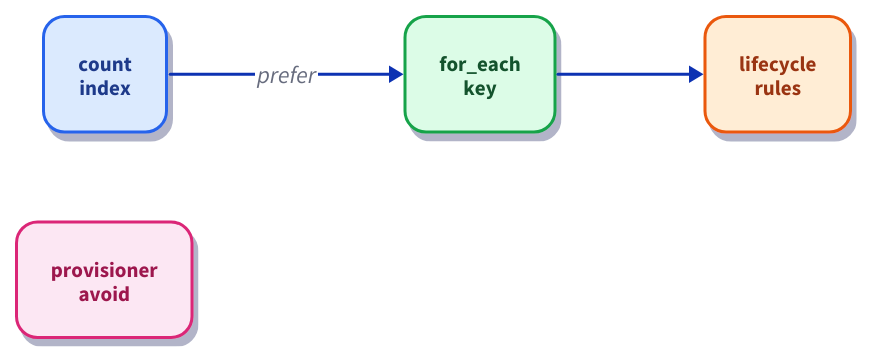
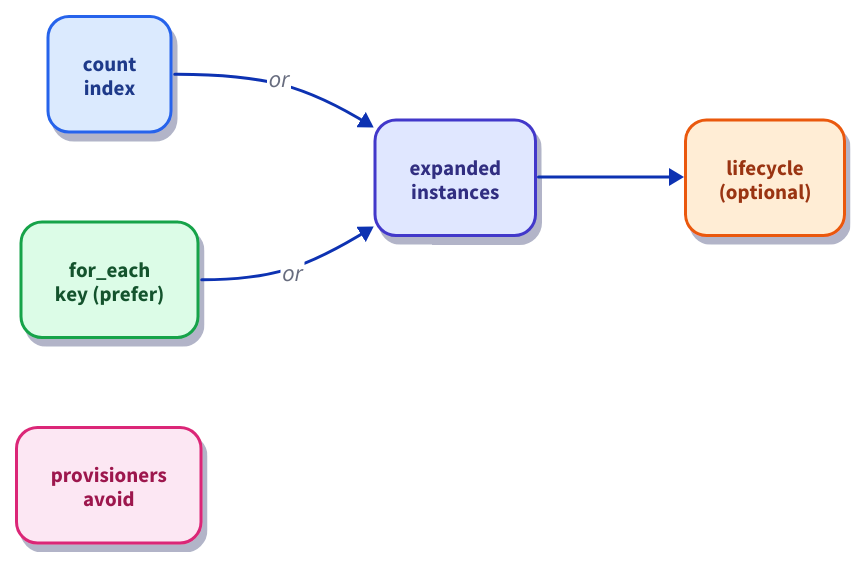
One commit to rebash-rebash/rebash-academy changed the diagram in docs/assets/d2/terraform-meta-arguments.d2. Above: the diagram before and after it, drawn with D2. The commit also changed 5 other files, not shown here.

First line of the commit message:
Fix Terraform meta-argument and resource-graph diagrams. (#9)

```diff
--- a/docs/assets/d2/terraform-meta-arguments.d2
+++ b/docs/assets/d2/terraform-meta-arguments.d2
@@ -1,8 +1,45 @@
 direction: right
-*: { style: { border-radius: 14; font-size: 14; bold: true; shadow: true; stroke-width: 2 } }
-C: "count\nindex" { style.fill: "#dbeafe"; style.stroke: "#2563eb"; style.font-color: "#1e3a8a" }
-F: "for_each\nkey" { style.fill: "#dcfce7"; style.stroke: "#16a34a"; style.font-color: "#14532d" }
-L: "lifecycle\nrules" { style.fill: "#ffedd5"; style.stroke: "#ea580c"; style.font-color: "#9a3412" }
-P: "provisioner\navoid" { style.fill: "#fce7f3"; style.stroke: "#db2777"; style.font-color: "#9d174d" }
-C -> F: "prefer"
-F -> L
+
+*: {
+  style: {
+    border-radius: 14
+    font-size: 14
+    bold: true
+    shadow: true
+    stroke-width: 2
+  }
+}
+
+count: "count\nindex" {
+  style.fill: "#dbeafe"
+  style.stroke: "#2563eb"
+  style.font-color: "#1e3a8a"
+}
+
+for_each: "for_each\nkey (prefer)" {
+  style.fill: "#dcfce7"
+  style.stroke: "#16a34a"
+  style.font-color: "#14532d"
+}
+
+instances: "expanded\ninstances" {
+  style.fill: "#e0e7ff"
+  style.stroke: "#4338ca"
+  style.font-color: "#312e81"
+}
+
+lifecycle: "lifecycle\n(optional)" {
+  style.fill: "#ffedd5"
+  style.stroke: "#ea580c"
+  style.font-color: "#9a3412"
+}
+
+provisioners: "provisioners\navoid" {
+  style.fill: "#fce7f3"
+  style.stroke: "#db2777"
+  style.font-color: "#9d174d"
+}
+
+count -> instances: "or"
+for_each -> instances: "or"
+instances -> lifecycle
```
